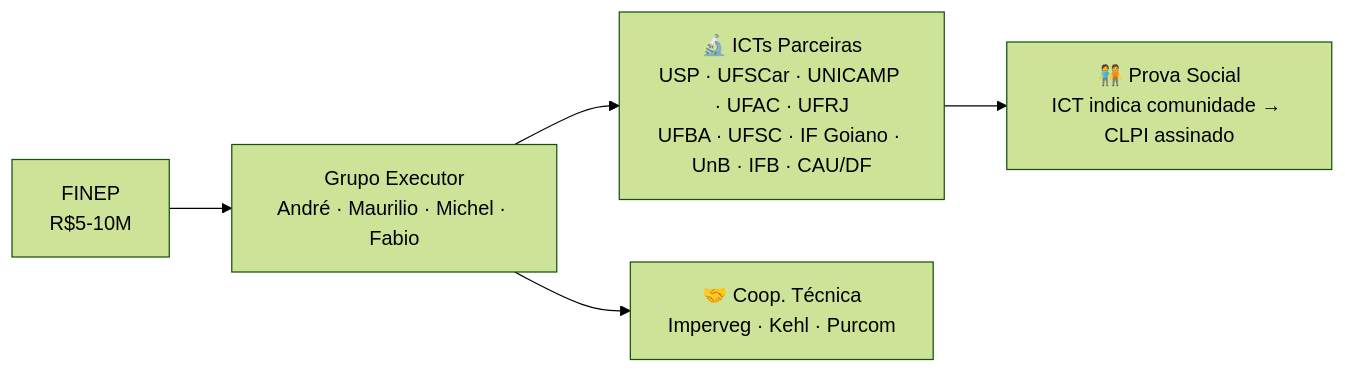
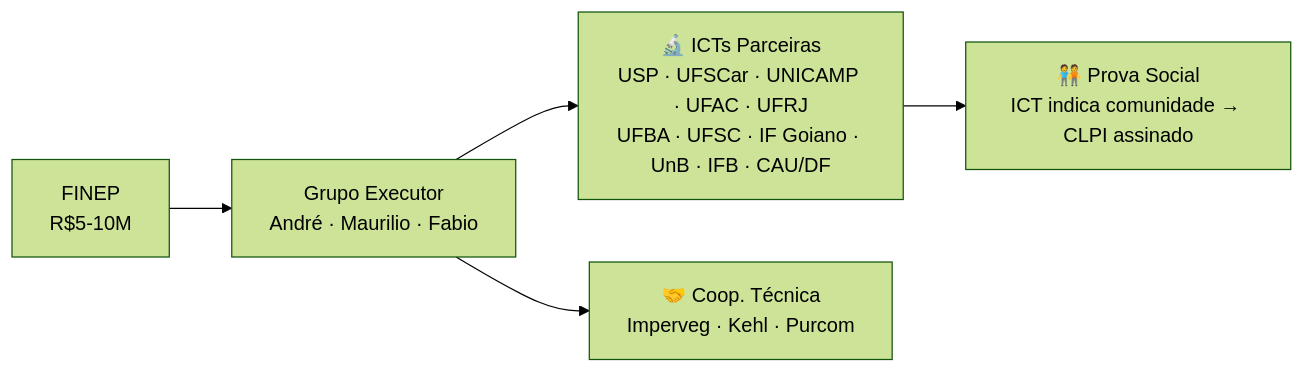
One commit to takwaratec/fabrica-modelo changed the diagram in docs/VISTA_GERAL.md. Above: the diagram before and after it, drawn with Mermaid (forest theme). The commit also changed other lines of this file and 1 other file, not shown here.

First line of the commit message:
fix: Michel/Texos nao e Grupo Executor — e proponente candidato

````diff
--- a/docs/VISTA_GERAL.md
+++ b/docs/VISTA_GERAL.md
@@ -10,7 +10,7 @@
 ```mermaid
 graph LR
-    FINEP["FINEP<br/>R$5-10M"] --> EXEC["Grupo Executor<br/>André · Maurilio · Michel · Fabio"]
+    FINEP["FINEP<br/>R$5-10M"] --> EXEC["Grupo Executor<br/>André · Maurilio · Fabio"]
     EXEC --> ICTS["🔬 ICTs Parceiras<br/>USP · UFSCar · UNICAMP · UFAC · UFRJ<br/>UFBA · UFSC · IF Goiano · UnB · IFB · CAU/DF"]
     EXEC --> COOP["🤝 Coop. Técnica<br/>Imperveg · Kehl · Purcom"]
     ICTS --> SOCIAL["🧑‍🤝‍🧑 Prova Social<br/>ICT indica comunidade → CLPI assinado"]
 ```
````
